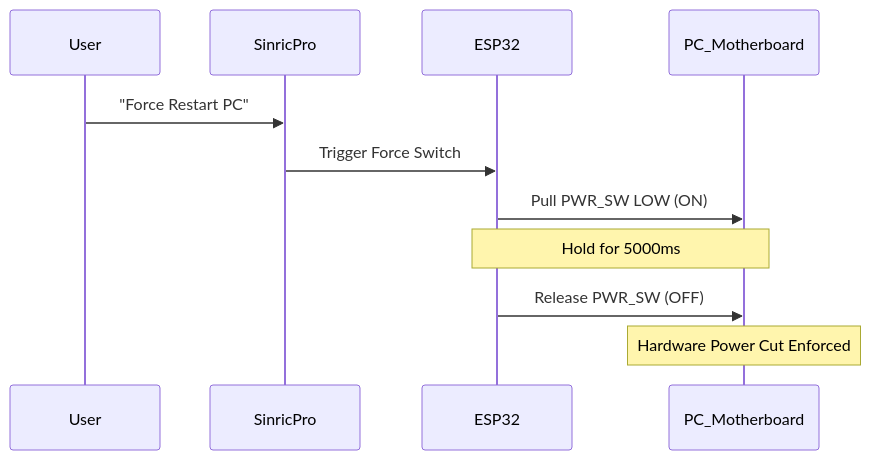
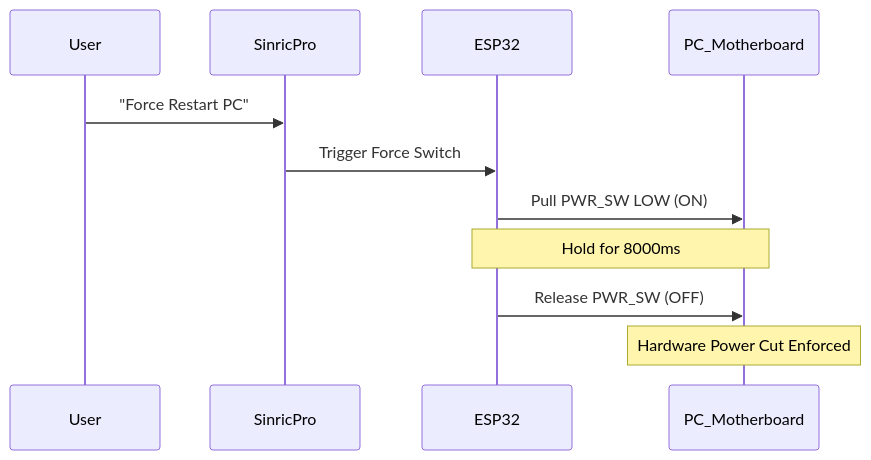
One commit to chetangoswami/esp32-sinricpro-smart-pc-power changed the fourth of 5 diagrams in README.md. Above: the diagram before and after it, drawn with Mermaid. The commit also changed other lines of this file and 1 other file, not shown here.

````diff
--- a/README.md
+++ b/README.md
@@ -156,14 +156,14 @@
 ```mermaid
 sequenceDiagram
     participant User
     participant SinricPro
     participant ESP32
     participant PC_Motherboard
     
     User->>SinricPro: "Force Restart PC"
     SinricPro->>ESP32: Trigger Force Switch
     ESP32->>PC_Motherboard: Pull PWR_SW LOW (ON)
-    Note over ESP32,PC_Motherboard: Hold for 5000ms
+    Note over ESP32,PC_Motherboard: Hold for 8000ms
     ESP32->>PC_Motherboard: Release PWR_SW (OFF)
     Note over PC_Motherboard: Hardware Power Cut Enforced
 ```
````
